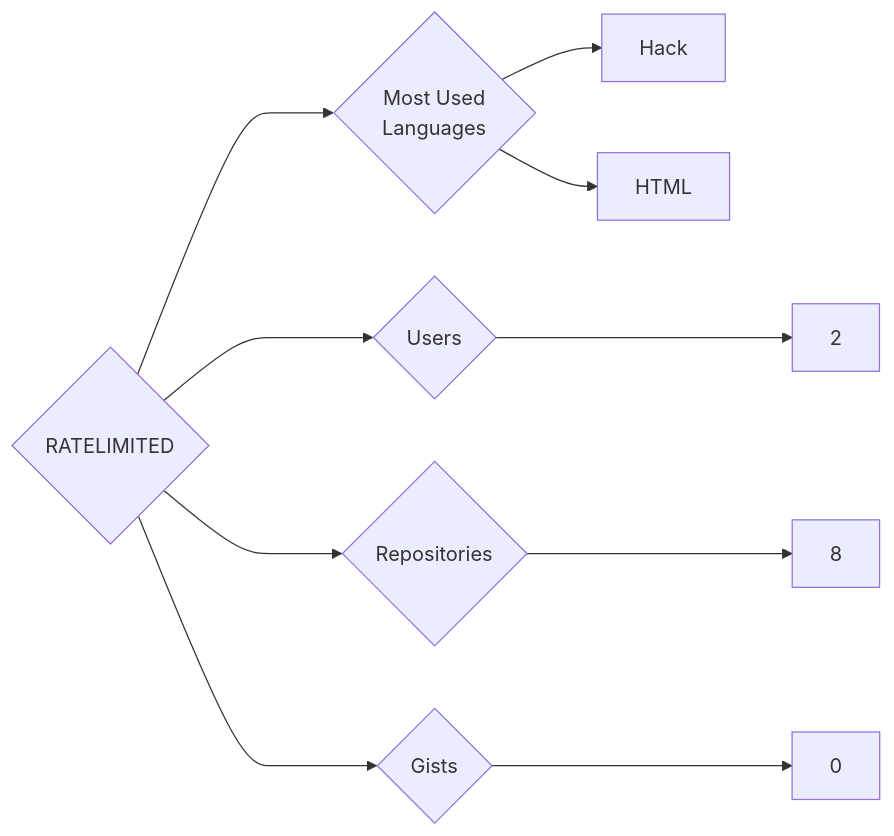
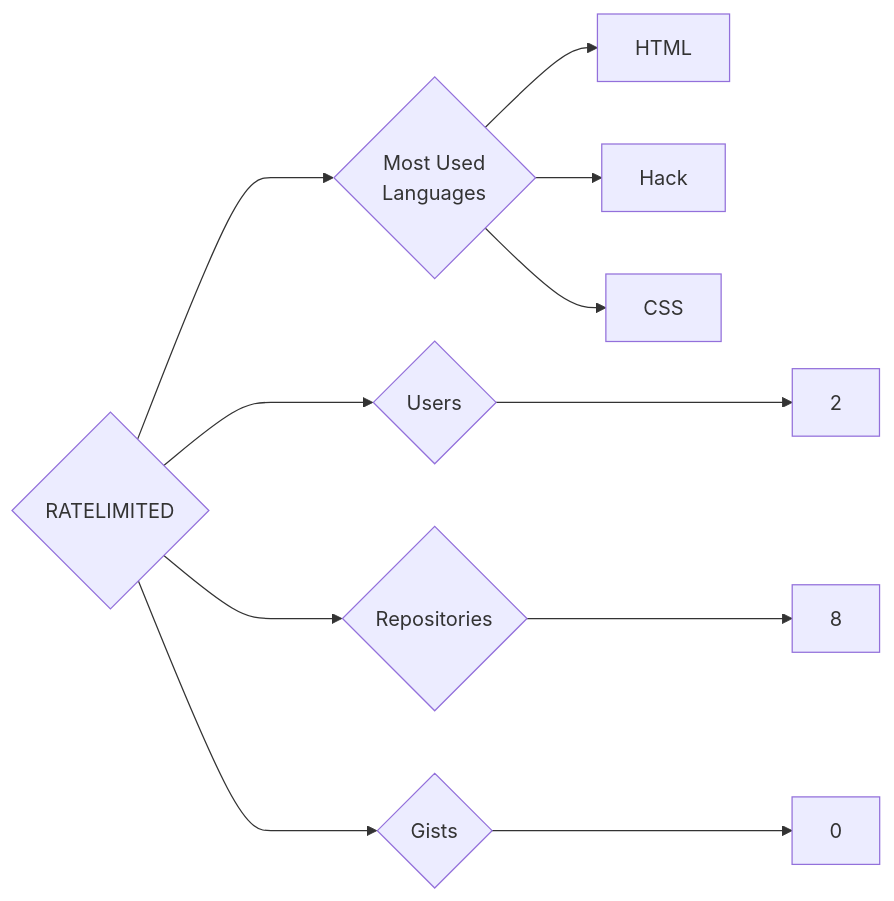
The diagram in targets/RATELIMITED/README.md (trickest/insiders), drawn with Mermaid before and after one commit. The commit also changed 1508 other files, not shown here.

````diff
--- a/targets/RATELIMITED/README.md
+++ b/targets/RATELIMITED/README.md
@@ -3,10 +3,11 @@
 ```mermaid
 graph LR
 COMPANY_NAME{RATELIMITED}
 COMPANY_NAME ---> U{Users} ---> UN[2]
 COMPANY_NAME ---> R{Repositories} ---> RN[8]
 COMPANY_NAME ---> G{Gists} ---> GN[0]
 COMPANY_NAME ---> ML{Most Used<br>Languages}
+ML --> HTML[HTML]
 ML --> Hack[Hack]
-ML --> HTML[HTML]
+ML --> CSS[CSS]
 ```
````
